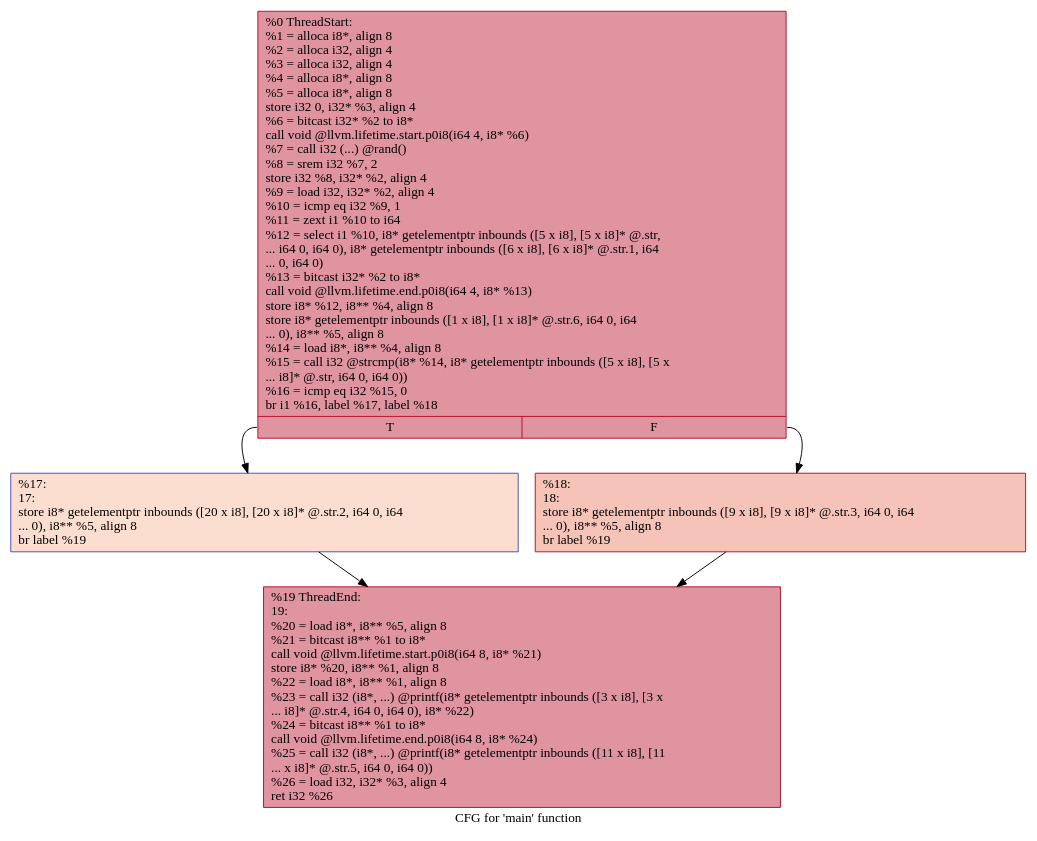
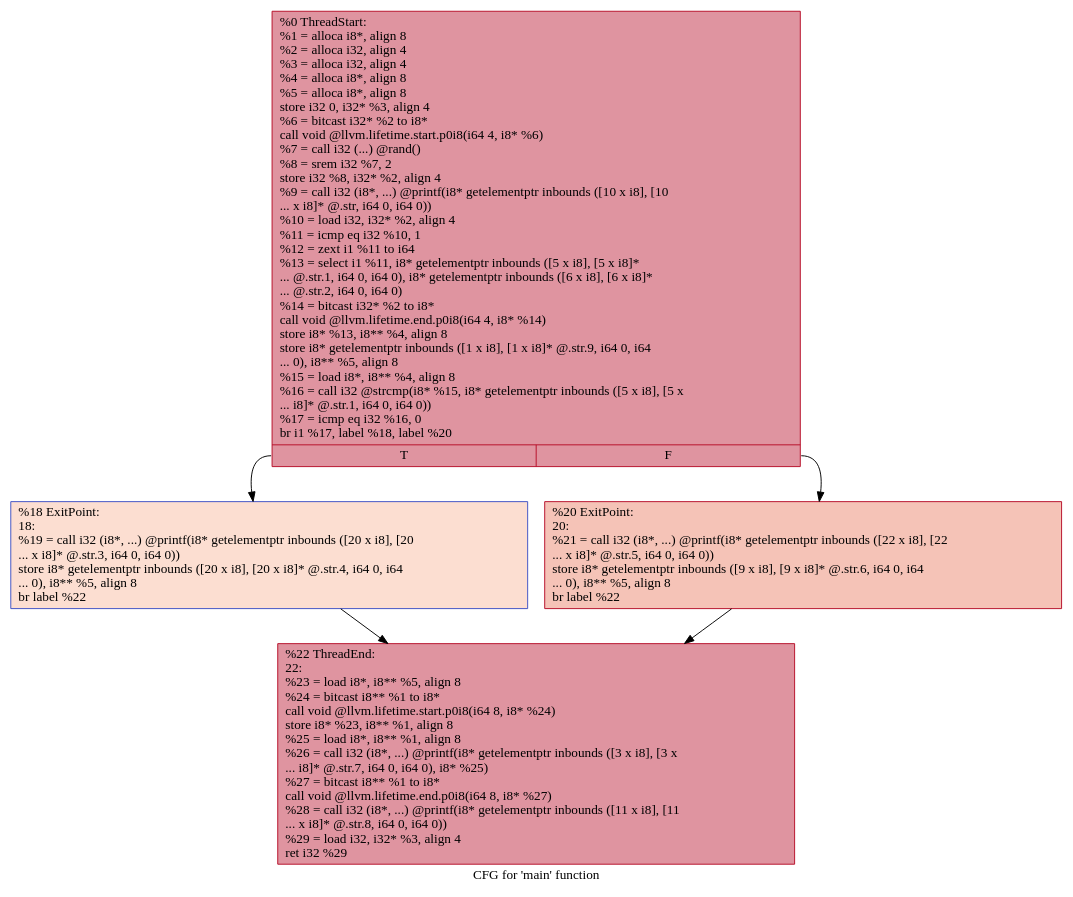
The diagram in c/small/scarr/dot-scarr-inline/.main.dot (lamida/scarr-sample-program), drawn with Graphviz before and after one commit. The commit also changed 14 other files, not shown here.

```diff
--- a/c/small/scarr/dot-scarr-inline/.main.dot
+++ b/c/small/scarr/dot-scarr-inline/.main.dot
@@ -1,12 +1,12 @@
 digraph "CFG for 'main' function" {
 	label="CFG for 'main' function";
 
-	Node0x560417a565f0 [shape=record,color="#b70d28ff", style=filled, fillcolor="#b70d2870",label="{%0 ThreadStart:\l  %1 = alloca i8*, align 8\l  %2 = alloca i32, align 4\l  %3 = alloca i32, align 4\l  %4 = alloca i8*, align 8\l  %5 = alloca i8*, align 8\l  store i32 0, i32* %3, align 4\l  %6 = bitcast i32* %2 to i8*\l  call void @llvm.lifetime.start.p0i8(i64 4, i8* %6)\l  %7 = call i32 (...) @rand()\l  %8 = srem i32 %7, 2\l  store i32 %8, i32* %2, align 4\l  %9 = load i32, i32* %2, align 4\l  %10 = icmp eq i32 %9, 1\l  %11 = zext i1 %10 to i64\l  %12 = select i1 %10, i8* getelementptr inbounds ([5 x i8], [5 x i8]* @.str,\l... i64 0, i64 0), i8* getelementptr inbounds ([6 x i8], [6 x i8]* @.str.1, i64\l... 0, i64 0)\l  %13 = bitcast i32* %2 to i8*\l  call void @llvm.lifetime.end.p0i8(i64 4, i8* %13)\l  store i8* %12, i8** %4, align 8\l  store i8* getelementptr inbounds ([1 x i8], [1 x i8]* @.str.6, i64 0, i64\l... 0), i8** %5, align 8\l  %14 = load i8*, i8** %4, align 8\l  %15 = call i32 @strcmp(i8* %14, i8* getelementptr inbounds ([5 x i8], [5 x\l... i8]* @.str, i64 0, i64 0))\l  %16 = icmp eq i32 %15, 0\l  br i1 %16, label %17, label %18\l|{<s0>T|<s1>F}}"];
-	Node0x560417a565f0:s0 -> Node0x560417a56e10;
-	Node0x560417a565f0:s1 -> Node0x560417a56e60;
-	Node0x560417a56e10 [shape=record,color="#3d50c3ff", style=filled, fillcolor="#f7b39670",label="{%17:\l17:                                               \l  store i8* getelementptr inbounds ([20 x i8], [20 x i8]* @.str.2, i64 0, i64\l... 0), i8** %5, align 8\l  br label %19\l}"];
-	Node0x560417a56e10 -> Node0x560417a571a0;
-	Node0x560417a56e60 [shape=record,color="#b70d28ff", style=filled, fillcolor="#e8765c70",label="{%18:\l18:                                               \l  store i8* getelementptr inbounds ([9 x i8], [9 x i8]* @.str.3, i64 0, i64\l... 0), i8** %5, align 8\l  br label %19\l}"];
-	Node0x560417a56e60 -> Node0x560417a571a0;
-	Node0x560417a571a0 [shape=record,color="#b70d28ff", style=filled, fillcolor="#b70d2870",label="{%19 ThreadEnd:\l19:                                               \l  %20 = load i8*, i8** %5, align 8\l  %21 = bitcast i8** %1 to i8*\l  call void @llvm.lifetime.start.p0i8(i64 8, i8* %21)\l  store i8* %20, i8** %1, align 8\l  %22 = load i8*, i8** %1, align 8\l  %23 = call i32 (i8*, ...) @printf(i8* getelementptr inbounds ([3 x i8], [3 x\l... i8]* @.str.4, i64 0, i64 0), i8* %22)\l  %24 = bitcast i8** %1 to i8*\l  call void @llvm.lifetime.end.p0i8(i64 8, i8* %24)\l  %25 = call i32 (i8*, ...) @printf(i8* getelementptr inbounds ([11 x i8], [11\l... x i8]* @.str.5, i64 0, i64 0))\l  %26 = load i32, i32* %3, align 4\l  ret i32 %26\l}"];
+	Node0x55c5694b2010 [shape=record,color="#b70d28ff", style=filled, fillcolor="#b70d2870",label="{%0 ThreadStart:\l  %1 = alloca i8*, align 8\l  %2 = alloca i32, align 4\l  %3 = alloca i32, align 4\l  %4 = alloca i8*, align 8\l  %5 = alloca i8*, align 8\l  store i32 0, i32* %3, align 4\l  %6 = bitcast i32* %2 to i8*\l  call void @llvm.lifetime.start.p0i8(i64 4, i8* %6)\l  %7 = call i32 (...) @rand()\l  %8 = srem i32 %7, 2\l  store i32 %8, i32* %2, align 4\l  %9 = call i32 (i8*, ...) @printf(i8* getelementptr inbounds ([10 x i8], [10\l... x i8]* @.str, i64 0, i64 0))\l  %10 = load i32, i32* %2, align 4\l  %11 = icmp eq i32 %10, 1\l  %12 = zext i1 %11 to i64\l  %13 = select i1 %11, i8* getelementptr inbounds ([5 x i8], [5 x i8]*\l... @.str.1, i64 0, i64 0), i8* getelementptr inbounds ([6 x i8], [6 x i8]*\l... @.str.2, i64 0, i64 0)\l  %14 = bitcast i32* %2 to i8*\l  call void @llvm.lifetime.end.p0i8(i64 4, i8* %14)\l  store i8* %13, i8** %4, align 8\l  store i8* getelementptr inbounds ([1 x i8], [1 x i8]* @.str.9, i64 0, i64\l... 0), i8** %5, align 8\l  %15 = load i8*, i8** %4, align 8\l  %16 = call i32 @strcmp(i8* %15, i8* getelementptr inbounds ([5 x i8], [5 x\l... i8]* @.str.1, i64 0, i64 0))\l  %17 = icmp eq i32 %16, 0\l  br i1 %17, label %18, label %20\l|{<s0>T|<s1>F}}"];
+	Node0x55c5694b2010:s0 -> Node0x55c5694b2830;
+	Node0x55c5694b2010:s1 -> Node0x55c5694b2880;
+	Node0x55c5694b2830 [shape=record,color="#3d50c3ff", style=filled, fillcolor="#f7b39670",label="{%18 ExitPoint:\l18:                                               \l  %19 = call i32 (i8*, ...) @printf(i8* getelementptr inbounds ([20 x i8], [20\l... x i8]* @.str.3, i64 0, i64 0))\l  store i8* getelementptr inbounds ([20 x i8], [20 x i8]* @.str.4, i64 0, i64\l... 0), i8** %5, align 8\l  br label %22\l}"];
+	Node0x55c5694b2830 -> Node0x55c5694b2bc0;
+	Node0x55c5694b2880 [shape=record,color="#b70d28ff", style=filled, fillcolor="#e8765c70",label="{%20 ExitPoint:\l20:                                               \l  %21 = call i32 (i8*, ...) @printf(i8* getelementptr inbounds ([22 x i8], [22\l... x i8]* @.str.5, i64 0, i64 0))\l  store i8* getelementptr inbounds ([9 x i8], [9 x i8]* @.str.6, i64 0, i64\l... 0), i8** %5, align 8\l  br label %22\l}"];
+	Node0x55c5694b2880 -> Node0x55c5694b2bc0;
+	Node0x55c5694b2bc0 [shape=record,color="#b70d28ff", style=filled, fillcolor="#b70d2870",label="{%22 ThreadEnd:\l22:                                               \l  %23 = load i8*, i8** %5, align 8\l  %24 = bitcast i8** %1 to i8*\l  call void @llvm.lifetime.start.p0i8(i64 8, i8* %24)\l  store i8* %23, i8** %1, align 8\l  %25 = load i8*, i8** %1, align 8\l  %26 = call i32 (i8*, ...) @printf(i8* getelementptr inbounds ([3 x i8], [3 x\l... i8]* @.str.7, i64 0, i64 0), i8* %25)\l  %27 = bitcast i8** %1 to i8*\l  call void @llvm.lifetime.end.p0i8(i64 8, i8* %27)\l  %28 = call i32 (i8*, ...) @printf(i8* getelementptr inbounds ([11 x i8], [11\l... x i8]* @.str.8, i64 0, i64 0))\l  %29 = load i32, i32* %3, align 4\l  ret i32 %29\l}"];
 }
```
